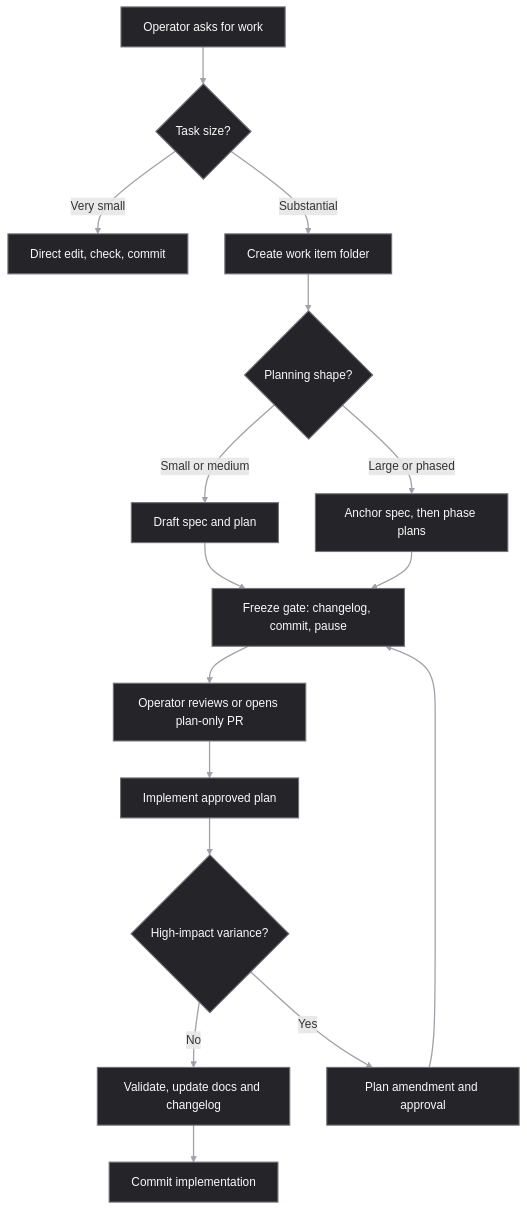
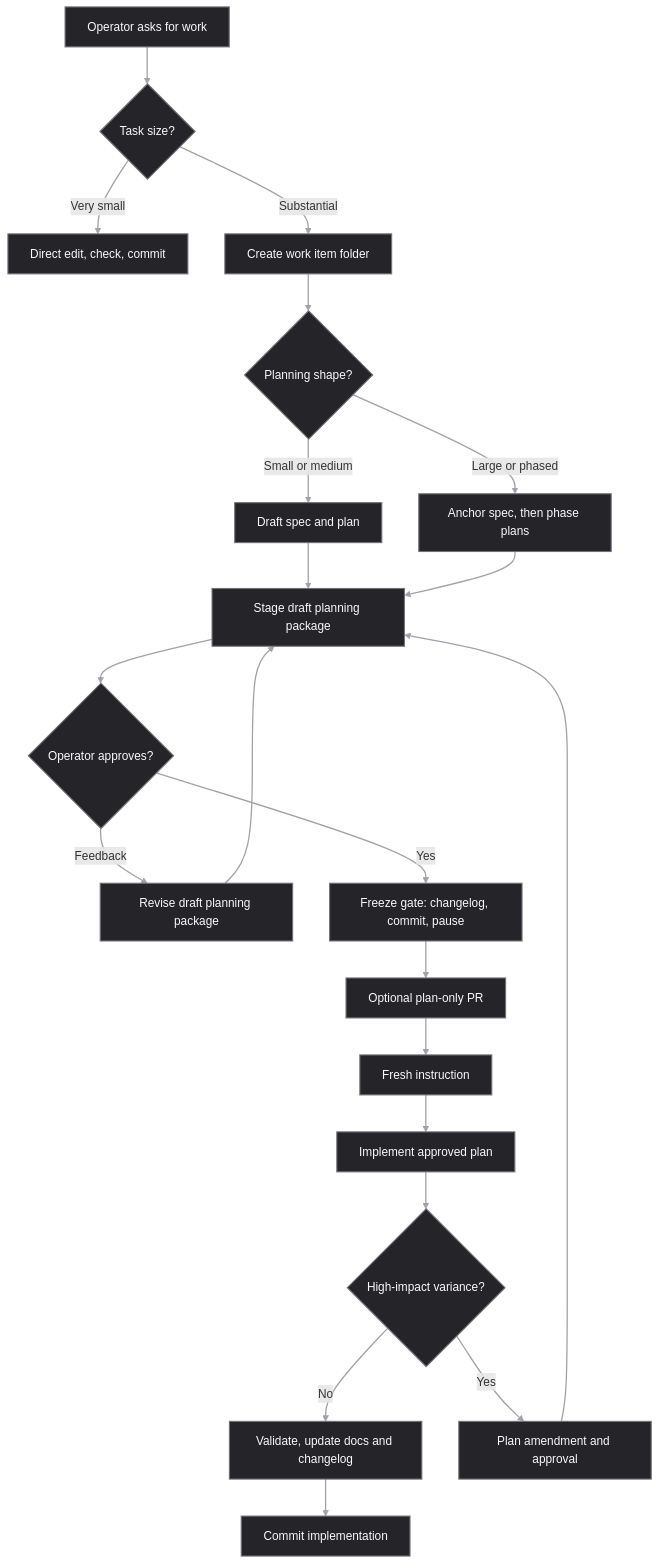
The diagram in README.md (itxyzzz/dev-doc-harness), drawn with Mermaid before and after one commit. The commit also changed other lines of this file and 9 other files, not shown here.

Commit message:
Implement approval-first planning freeze flow

````diff
--- a/README.md
+++ b/README.md
@@ -12,21 +12,26 @@
 ```mermaid
 flowchart TD
     A["Operator asks for work"]:::house --> B{"Task size?"}:::house
     B -->|Very small| C["Direct edit, check, commit"]:::house
     B -->|Substantial| D["Create work item folder"]:::house
     D --> E{"Planning shape?"}:::house
     E -->|Small or medium| F["Draft spec and plan"]:::house
     E -->|Large or phased| G["Anchor spec, then phase plans"]:::house
-    F --> H["Freeze gate: changelog, commit, pause"]:::house
+    F --> H["Stage draft planning package"]:::house
     G --> H
-    H --> I["Operator reviews or opens plan-only PR"]:::house
-    I --> J["Implement approved plan"]:::house
-    J --> K{"High-impact variance?"}:::house
+    H --> I{"Operator approves?"}:::house
+    I -->|Feedback| R["Revise draft planning package"]:::house
+    R --> H
+    I -->|Yes| J["Freeze gate: changelog, commit, pause"]:::house
+    J --> O["Optional plan-only PR"]:::house
+    O --> P["Fresh instruction"]:::house
+    P --> Q["Implement approved plan"]:::house
+    Q --> K{"High-impact variance?"}:::house
     K -->|No| L["Validate, update docs and changelog"]:::house
     L --> M["Commit implementation"]:::house
     K -->|Yes| N["Plan amendment and approval"]:::house
     N --> H
 
     classDef house fill:#242429,stroke:#71717a,stroke-width:1.5px,color:#fafafa
     linkStyle default stroke:#a1a1aa,stroke-width:1.75px
 ```
````
